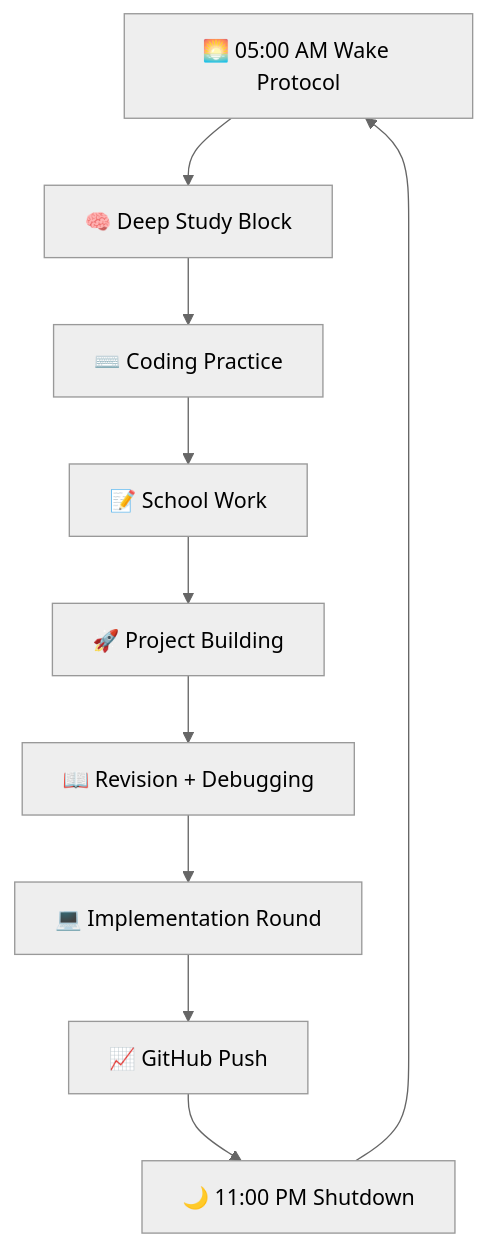
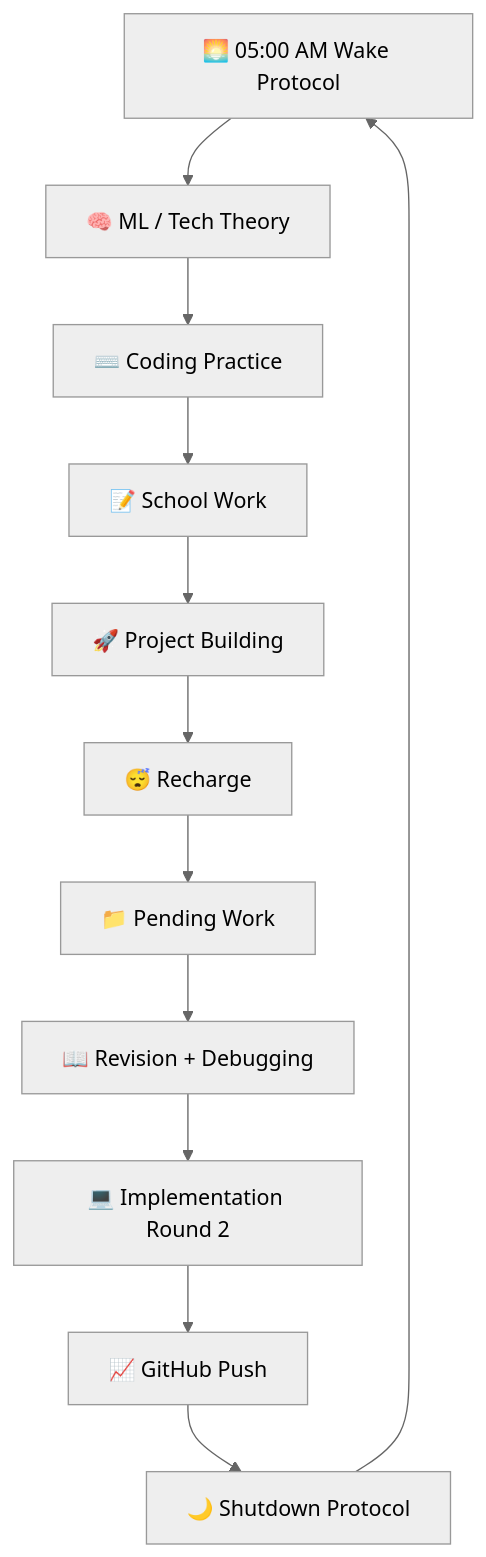
Before and after one commit to Boosterboy12/Monk-Mode-14: the diagram in README.md, drawn with Mermaid (neutral theme). The commit also changed other lines of this file, not shown here.

````diff
--- a/README.md
+++ b/README.md
@@ -187,12 +260,14 @@
 ```mermaid
 flowchart TD
-    A["🌅 05:00 AM Wake Protocol"] --> B["🧠 Deep Study Block"]
+    A["🌅 05:00 AM Wake Protocol"] --> B["🧠 ML / Tech Theory"]
     B --> C["⌨️ Coding Practice"]
     C --> D["📝 School Work"]
     D --> E["🚀 Project Building"]
-    E --> F["📖 Revision + Debugging"]
-    F --> G["💻 Implementation Round"]
-    G --> H["📈 GitHub Push"]
-    H --> I["🌙 11:00 PM Shutdown"]
-    I --> A
+    E --> F["😴 Recharge"]
+    F --> G["📁 Pending Work"]
+    G --> H["📖 Revision + Debugging"]
+    H --> I["💻 Implementation Round 2"]
+    I --> J["📈 GitHub Push"]
+    J --> K["🌙 Shutdown Protocol"]
+    K --> A
 ```
````
